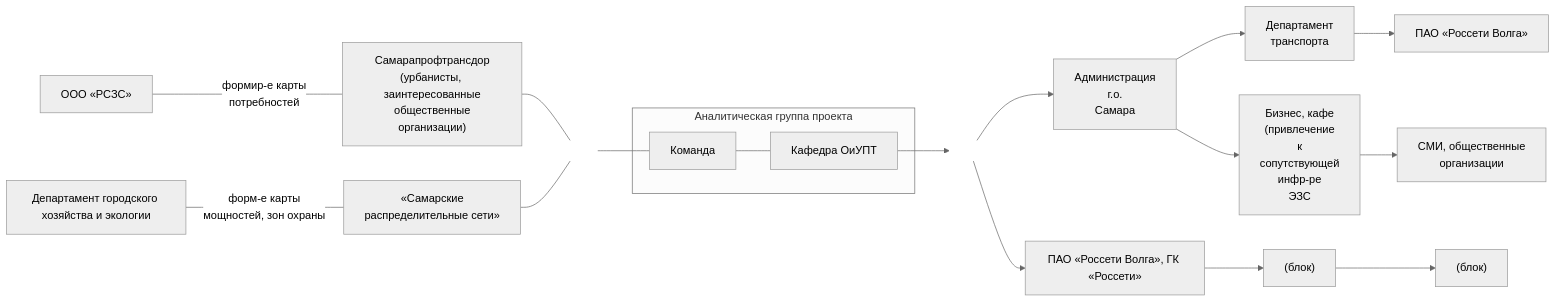
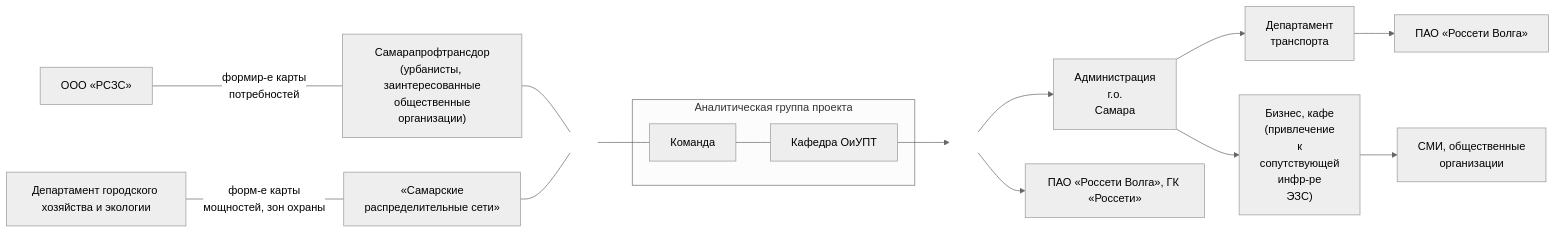
The diagram in README.md (dddaria859/GGG), drawn with Mermaid (neutral theme) before and after one commit.

````diff
--- a/README.md
+++ b/README.md
@@ -1,47 +1,44 @@
 ```mermaid
 flowchart LR
     F1["ООО «РСЗС»"]
     O1["Самарапрофтрансдор<br/>(урбанисты, заинтересованные<br/>общественные<br/>организации)"]
     F2["Департамент городского хозяйства и экологии"]
     SRS["«Самарские<br/>распределительные сети»"]
 
     J[" "]
 
     subgraph CORE["Аналитическая группа проекта"]
         TEAM["Команда"]
         CAREER["Кафедра ОиУПТ"]
         TEAM --- CAREER
     end
 
     NODE1[" "]
     ADM["Администрация<br/>г.о.<br/>Самара"]
     F3["Департамент<br/>транспорта"]
     EN["ПАО «Россети Волга»"]
-    BIZ["Бизнес, кафе<br/>(привлечение<br/>к<br/>сопутствующей<br/>инфр-ре<br/>ЭЗС"]
+    BIZ["Бизнес, кафе<br/>(привлечение<br/>к<br/>сопутствующей<br/>инфр-ре<br/>ЭЗС)"]
     SNIP["СМИ, общественные<br/>организации"]
     INV["ПАО «Россети Волга», ГК «Россети»"]
-    EMPTY1["(блок)"]
-    EMPTY2["(блок)"]
-
+    
     F1 ---|"формир-е карты<br/>потребностей"| O1 --- J
     F2 ---|"форм-е карты<br/>мощностей, зон охраны"| SRS --- J
     J --- TEAM
 
     %% Одна линия из кафедры до точки разветвления
     CAREER --> NODE1
     
     %% Разветвление на два блока на одинаковом уровне
     NODE1 --> ADM
     NODE1 --> INV
     
     %% Разветвление от Администрации на две ветки
     ADM --> F3 --> EN
     ADM --> BIZ --> SNIP
 
-    %% Одна линия от Инвесторов
-    INV --> EMPTY1 --> EMPTY2
+   
 
     classDef hidden fill:none,stroke:none;
     J:::hidden;
     NODE1:::hidden;
 ```
````
